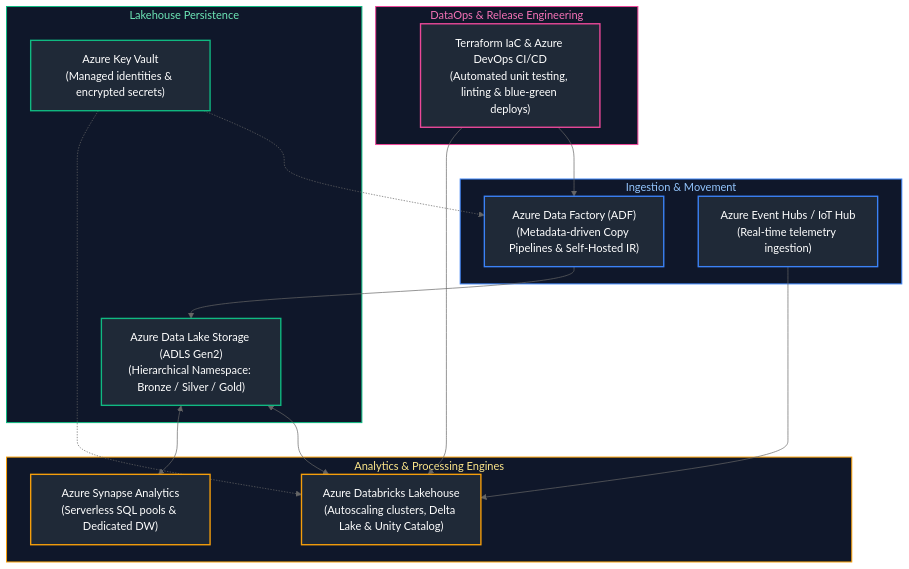
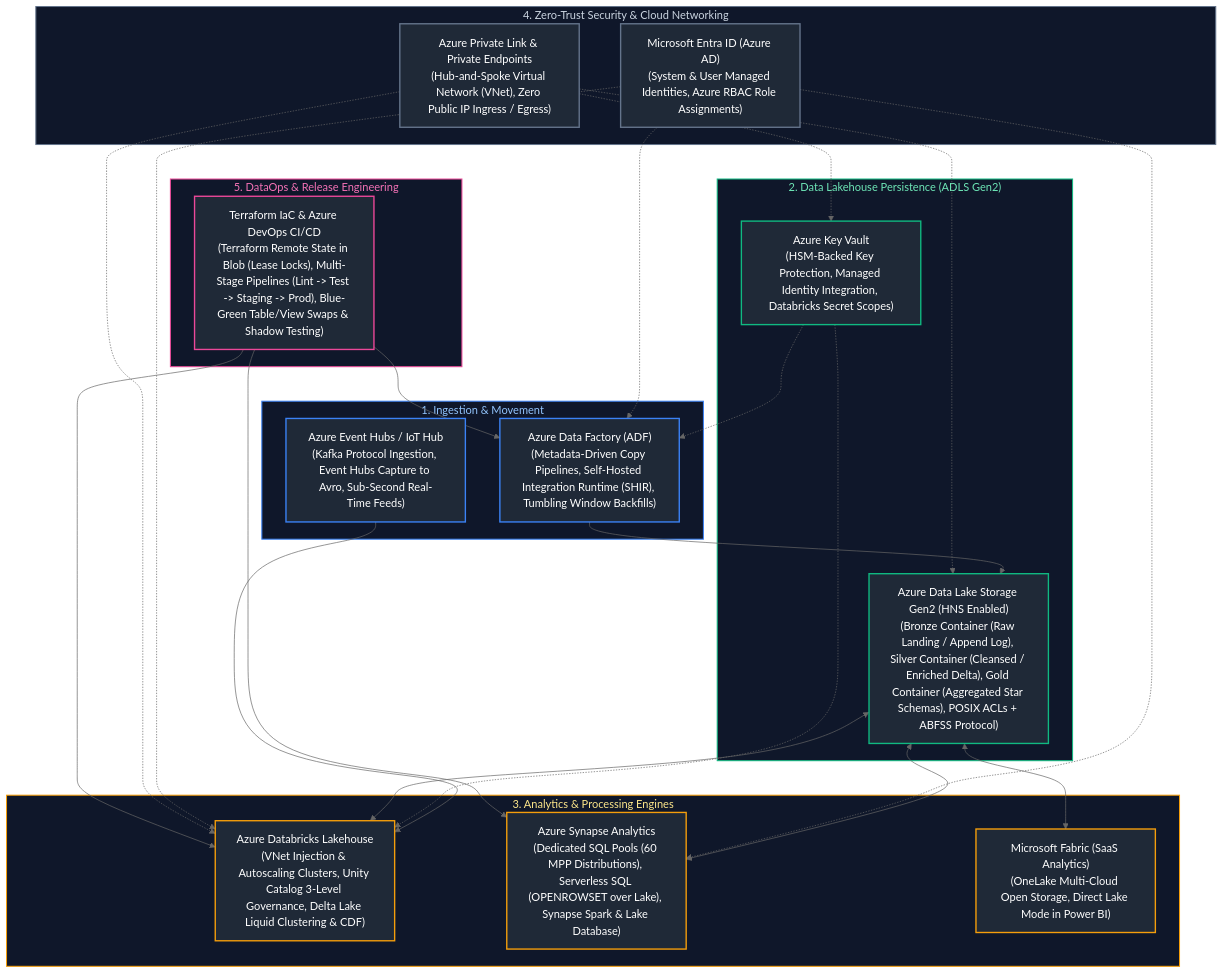
One commit to joydeep-biswas/Interview-Preparation changed the first of 10 diagrams in Data Engineering/13_azure_data_engineering_and_devops.md. Above: the diagram before and after it, drawn with Mermaid (neutral theme). The commit also changed other lines of this file and 143 other files, not shown here.

````diff
--- a/Data Engineering/13_azure_data_engineering_and_devops.md
+++ b/Data Engineering/13_azure_data_engineering_and_devops.md
@@ -9,39 +9,55 @@
 ```mermaid
 flowchart TD
-    subgraph IngestionLayer ["Ingestion & Movement"]
-        ADF["Azure Data Factory (ADF)<br/>(Metadata-driven Copy Pipelines & Self-Hosted IR)"]
-        EventHub["Azure Event Hubs / IoT Hub<br/>(Real-time telemetry ingestion)"]
+    subgraph IngestionLayer ["1. Ingestion & Movement"]
+        ADF["Azure Data Factory (ADF)<br/>(Metadata-Driven Copy Pipelines, Self-Hosted Integration Runtime (SHIR), Tumbling Window Backfills)"]
+        EventHub["Azure Event Hubs / IoT Hub<br/>(Kafka Protocol Ingestion, Event Hubs Capture to Avro, Sub-Second Real-Time Feeds)"]
     end
-    subgraph StorageLayer ["Lakehouse Persistence"]
-        ADLS["Azure Data Lake Storage (ADLS Gen2)<br/>(Hierarchical Namespace: Bronze / Silver / Gold)"]
-        KeyVault["Azure Key Vault<br/>(Managed identities & encrypted secrets)"]
+
+    subgraph StorageLayer ["2. Data Lakehouse Persistence (ADLS Gen2)"]
+        ADLS["Azure Data Lake Storage Gen2 (HNS Enabled)<br/>(Bronze Container (Raw Landing / Append Log), Silver Container (Cleansed / Enriched Delta), Gold Container (Aggregated Star Schemas), POSIX ACLs + ABFSS Protocol)"]
+        KeyVault["Azure Key Vault<br/>(HSM-Backed Key Protection, Managed Identity Integration, Databricks Secret Scopes)"]
     end
-    subgraph ComputeLayer ["Analytics & Processing Engines"]
-        Databricks["Azure Databricks Lakehouse<br/>(Autoscaling clusters, Delta Lake & Unity Catalog)"]
-        Synapse["Azure Synapse Analytics<br/>(Serverless SQL pools & Dedicated DW)"]
+
+    subgraph ComputeLayer ["3. Analytics & Processing Engines"]
+        Databricks["Azure Databricks Lakehouse<br/>(VNet Injection & Autoscaling Clusters, Unity Catalog 3-Level Governance, Delta Lake Liquid Clustering & CDF)"]
+        Synapse["Azure Synapse Analytics<br/>(Dedicated SQL Pools (60 MPP Distributions), Serverless SQL (OPENROWSET over Lake), Synapse Spark & Lake Database)"]
+        Fabric["Microsoft Fabric (SaaS Analytics)<br/>(OneLake Multi-Cloud Open Storage, Direct Lake Mode in Power BI)"]
     end
-    subgraph DataOpsPlatform ["DataOps & Release Engineering"]
-        CICD["Terraform IaC & Azure DevOps CI/CD<br/>(Automated unit testing, linting & blue-green deploys)"]
+
+    subgraph SecurityLayer ["4. Zero-Trust Security & Cloud Networking"]
+        Entra["Microsoft Entra ID (Azure AD)<br/>(System & User Managed Identities, Azure RBAC Role Assignments)"]
+        PrivateLink["Azure Private Link & Private Endpoints<br/>(Hub-and-Spoke Virtual Network (VNet), Zero Public IP Ingress / Egress)"]
+    end
+
+    subgraph DataOpsPlatform ["5. DataOps & Release Engineering"]
+        CICD["Terraform IaC & Azure DevOps CI/CD<br/>(Terraform Remote State in Blob (Lease Locks), Multi-Stage Pipelines (Lint -> Test -> Staging -> Prod), Blue-Green Table/View Swaps & Shadow Testing)"]
     end
 
     ADF --> ADLS
     EventHub --> Databricks
     KeyVault -.-> ADF
     KeyVault -.-> Databricks
     ADLS <--> Databricks
     ADLS <--> Synapse
-    CICD --> ADF
-    CICD --> Databricks
+    ADLS <--> Fabric
+    Entra -.-> ADF & Databricks & Synapse
+    PrivateLink -.-> ADLS & KeyVault & Databricks
+    CICD --> ADF & Databricks & Synapse
 
     style IngestionLayer fill:#0f172a,stroke:#3b82f6,stroke-width:1.5px,color:#93c5fd
     style StorageLayer fill:#0f172a,stroke:#10b981,stroke-width:1.5px,color:#6ee7b7
     style ComputeLayer fill:#0f172a,stroke:#f59e0b,stroke-width:1.5px,color:#fde68a
+    style SecurityLayer fill:#0f172a,stroke:#64748b,stroke-width:1.5px,color:#cbd5e1
     style DataOpsPlatform fill:#0f172a,stroke:#ec4899,stroke-width:1.5px,color:#f472b6
+
     style ADF fill:#1f2937,stroke:#3b82f6,stroke-width:2px,color:#fff
     style EventHub fill:#1f2937,stroke:#3b82f6,stroke-width:2px,color:#fff
     style ADLS fill:#1f2937,stroke:#10b981,stroke-width:2px,color:#fff
     style KeyVault fill:#1f2937,stroke:#10b981,stroke-width:2px,color:#fff
     style Databricks fill:#1f2937,stroke:#f59e0b,stroke-width:2px,color:#fff
     style Synapse fill:#1f2937,stroke:#f59e0b,stroke-width:2px,color:#fff
+    style Fabric fill:#1f2937,stroke:#f59e0b,stroke-width:2px,color:#fff
+    style Entra fill:#1f2937,stroke:#64748b,stroke-width:2px,color:#fff
+    style PrivateLink fill:#1f2937,stroke:#64748b,stroke-width:2px,color:#fff
     style CICD fill:#1f2937,stroke:#ec4899,stroke-width:2px,color:#fff
 ```
````
